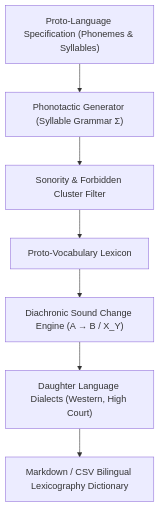
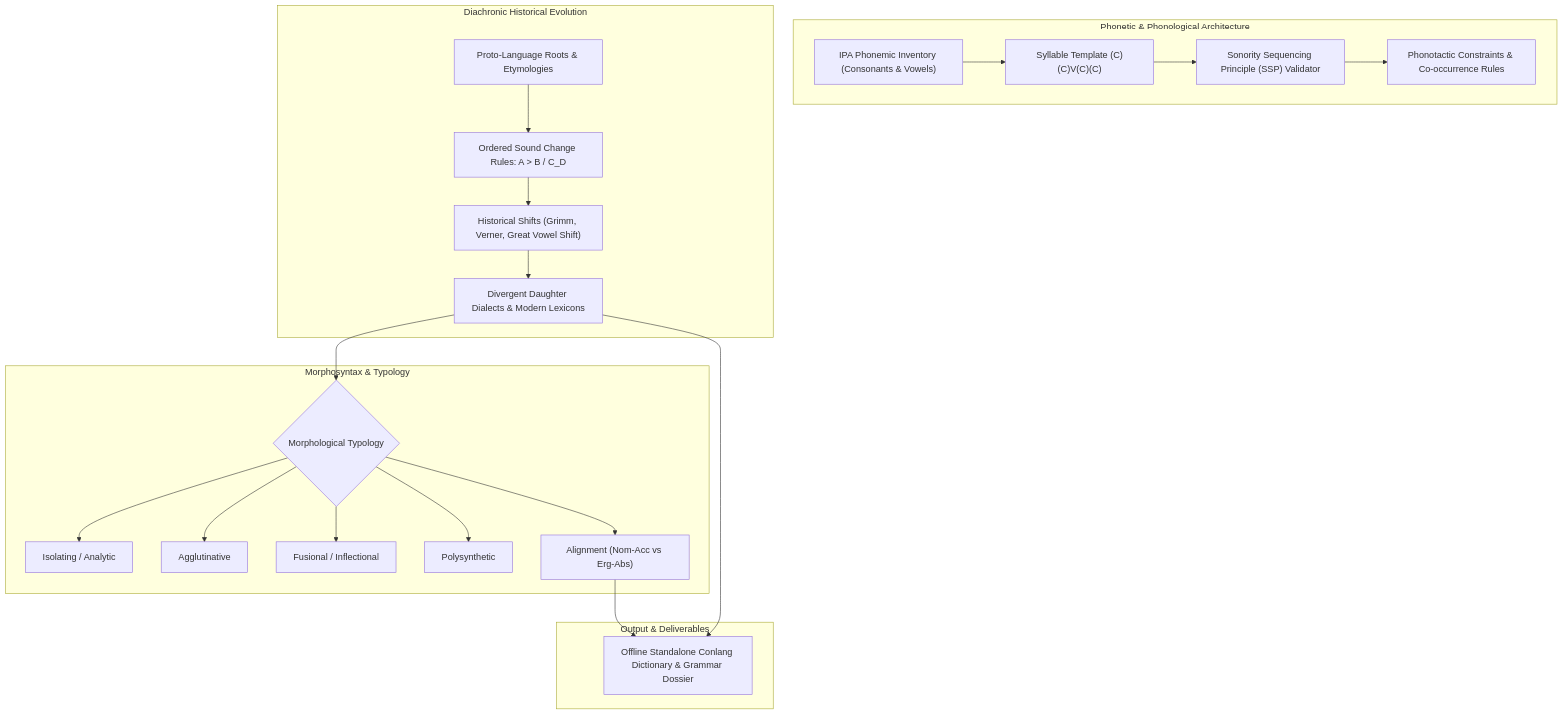
One commit to aryansinghnagar/Ars-Arcanum changed the diagram in docs/CONLANG.md. Above: the diagram before and after it, drawn with Mermaid. The commit also changed other lines of this file and 239 other files, not shown here.

First line of the commit message:
feat(v5.0.0): streamline to 47 deterministic engines, zero-pip architecture, and encyclopedic craft references

````diff
--- a/docs/CONLANG.md
+++ b/docs/CONLANG.md
@@ -18,11 +18,27 @@
 ```mermaid
 flowchart TD
-    ProtoLang["Proto-Language Specification (Phonemes & Syllables)"] --> PhonoGen["Phonotactic Generator (Syllable Grammar Σ)"]
-    PhonoGen --> Filter["Sonority & Forbidden Cluster Filter"]
-    Filter --> ProtoLexicon["Proto-Vocabulary Lexicon"]
-    
-    ProtoLexicon --> SoundLaw["Diachronic Sound Change Engine (A → B / X_Y)"]
-    SoundLaw --> DaughterLang["Daughter Language Dialects (Western, High Court)"]
-    
-    DaughterLang --> LexiconTable["Markdown / CSV Bilingual Lexicography Dictionary"]
+    subgraph Phonetic & Phonological Architecture
+        IPA["IPA Phonemic Inventory (Consonants & Vowels)"] --> SyllableTemplate["Syllable Template (C)(C)V(C)(C)"]
+        SyllableTemplate --> SonorityCheck["Sonority Sequencing Principle (SSP) Validator"]
+        SonorityCheck --> Phonotactics["Phonotactic Constraints & Co-occurrence Rules"]
+    end
+
+    subgraph Diachronic Historical Evolution
+        ProtoLexicon["Proto-Language Roots & Etymologies"] --> SoundLaws["Ordered Sound Change Rules: A > B / C_D"]
+        SoundLaws --> GrimmVerner["Historical Shifts (Grimm, Verner, Great Vowel Shift)"]
+        GrimmVerner --> DaughterDialects["Divergent Daughter Dialects & Modern Lexicons"]
+    end
+
+    subgraph Morphosyntax & Typology
+        DaughterDialects --> MorphType{"Morphological Typology"}
+        MorphType --> Isolating["Isolating / Analytic"]
+        MorphType --> Agglutinative["Agglutinative"]
+        MorphType --> Fusional["Fusional / Inflectional"]
+        MorphType --> Polysynthetic["Polysynthetic"]
+        MorphType --> Alignment["Alignment (Nom-Acc vs Erg-Abs)"]
+    end
+
+    subgraph Output & Deliverables
+        Alignment & DaughterDialects --> ConlangReport["Offline Standalone Conlang Dictionary & Grammar Dossier"]
+    end
 ```
````
